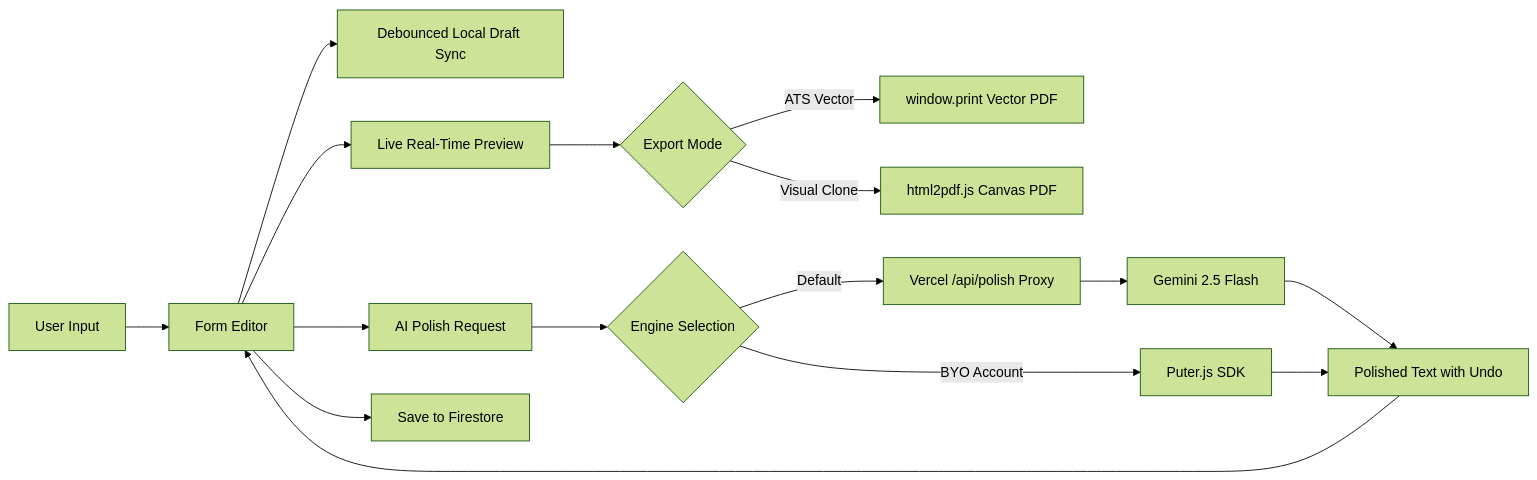
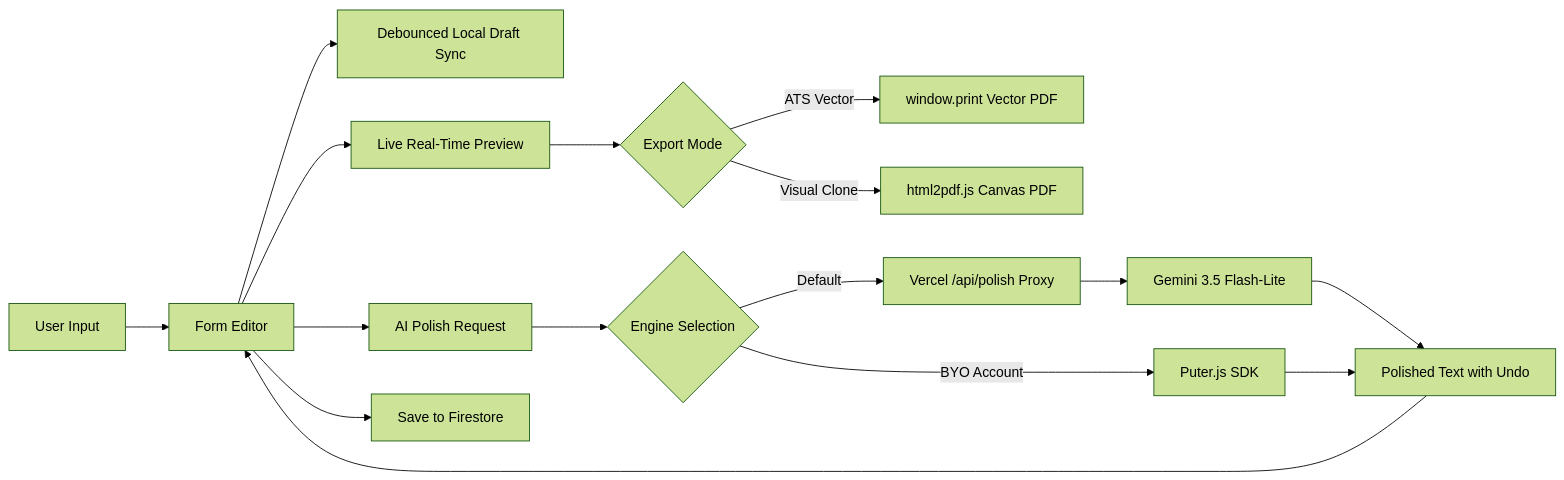
One commit to DushyantSingh7120/Resume-Builder-AI-Polish-4- changed the diagram in README.md. Above: the diagram before and after it, drawn with Mermaid (forest theme). The commit also changed other lines of this file and 5 other files, not shown here.

Commit message:
feat: migrate AI polishing service to Gemini 3.5 Flash-Lite and implement server-side rate limiting

````diff
--- a/README.md
+++ b/README.md
@@ -118,22 +118,22 @@
 ```mermaid
 flowchart LR
     A[User Input] --> B[Form Editor]
     B --> C[Debounced Local Draft Sync]
     B --> D[Live Real-Time Preview]
     
     B --> E[AI Polish Request]
     E --> F{Engine Selection}
     F -->|Default| G[Vercel /api/polish Proxy]
-    G --> H[Gemini 2.5 Flash]
+    G --> H[Gemini 3.5 Flash-Lite]
     F -->|BYO Account| I[Puter.js SDK]
     
     H --> J[Polished Text with Undo]
     I --> J
     J --> B
     
     B --> K[Save to Firestore]
     
     D --> L{Export Mode}
     L -->|ATS Vector| M[window.print Vector PDF]
     L -->|Visual Clone| N[html2pdf.js Canvas PDF]
 ```
````
